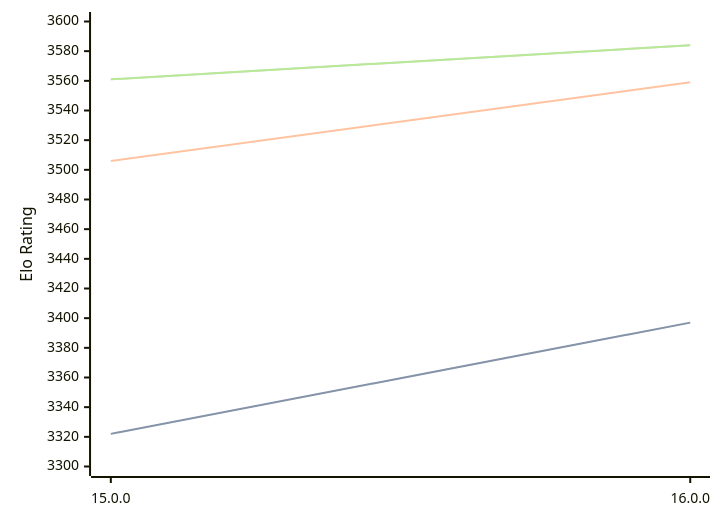
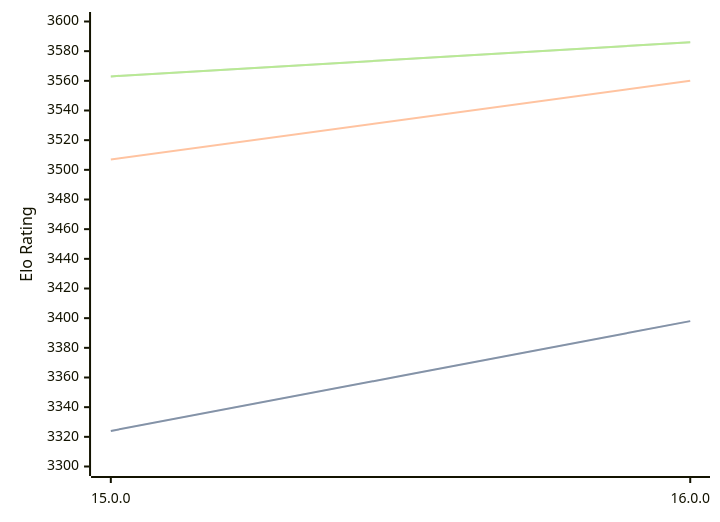
One commit to computer-chess-index/cci changed the diagram in engines/Halogen.md. Above: the diagram before and after it, drawn with Mermaid. The commit also changed other lines of this file, not shown here.

Commit message:
Update CCI Ratings (ELO VLTC) - 2026-04-25

````diff
--- a/engines/Halogen.md
+++ b/engines/Halogen.md
@@ -50,11 +50,11 @@
 ```mermaid
 %%{init: {"theme":"base","themeVariables":{"seriesColors:['#a3a3a3','#222221','#faa371']}}}%%
 xychart-beta
   x-axis ["15.0.0", "16.0.0"]
   y-axis "Elo Rating" 3300 --> 3600
-  line "STC (8.0+0.08s)" [3322, 3397]
-  line "STC (8.0+0.08s)" [3322, 3397]
-  line "LTC (60.0+0.60s)" [3506, 3559]
-  line "VLTC (2m24s+1.12s)" [3561, 3584]
-  line "VLTC (2m24s+1.12s)" [3561, 3584]
+  line "STC (8.0+0.08s)" [3324, 3398]
+  line "STC (8.0+0.08s)" [3324, 3398]
+  line "LTC (60.0+0.60s)" [3507, 3560]
+  line "VLTC (2m24s+1.12s)" [3563, 3586]
+  line "VLTC (2m24s+1.12s)" [3563, 3586]
 ```
````
